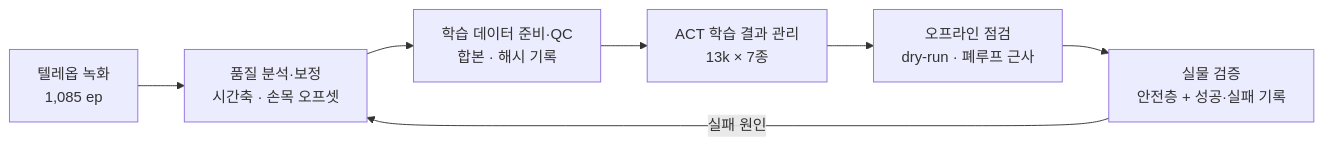
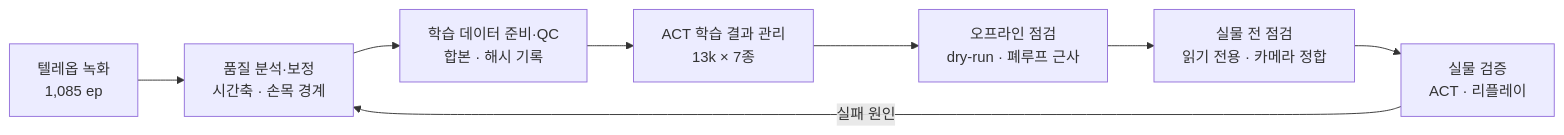
Before and after one commit to PURPLE-SY/omx-physical-ai-portfolio: the diagram in README.md, drawn with Mermaid. The commit also changed other lines of this file and 38 other files, not shown here.

First line of the commit message:
docs: visual portfolio — graphs from recorded logs, run records, contribution report

````diff
--- a/README.md
+++ b/README.md
@@ -36,9 +46,10 @@
 ```mermaid
 flowchart LR
-    A[텔레옵 녹화<br/>1,085 ep] --> B[품질 분석·보정<br/>시간축 · 손목 오프셋]
+    A[텔레옵 녹화<br/>1,085 ep] --> B[품질 분석·보정<br/>시간축 · 손목 경계]
     B --> C[학습 데이터 준비·QC<br/>합본 · 해시 기록]
     C --> D[ACT 학습 결과 관리<br/>13k × 7종]
     D --> E[오프라인 점검<br/>dry-run · 폐루프 근사]
-    E --> F[실물 검증<br/>안전층 + 성공·실패 기록]
-    F -->|실패 원인| B
+    E --> F[실물 전 점검<br/>읽기 전용 · 카메라 정합]
+    F --> G[실물 검증<br/>ACT · 리플레이]
+    G -->|실패 원인| B
 ```
````
